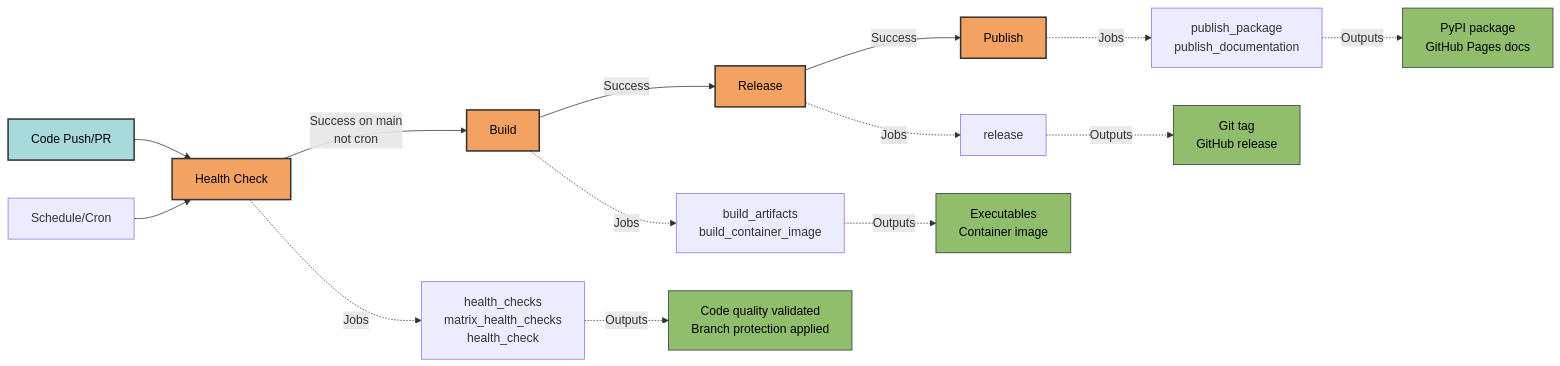
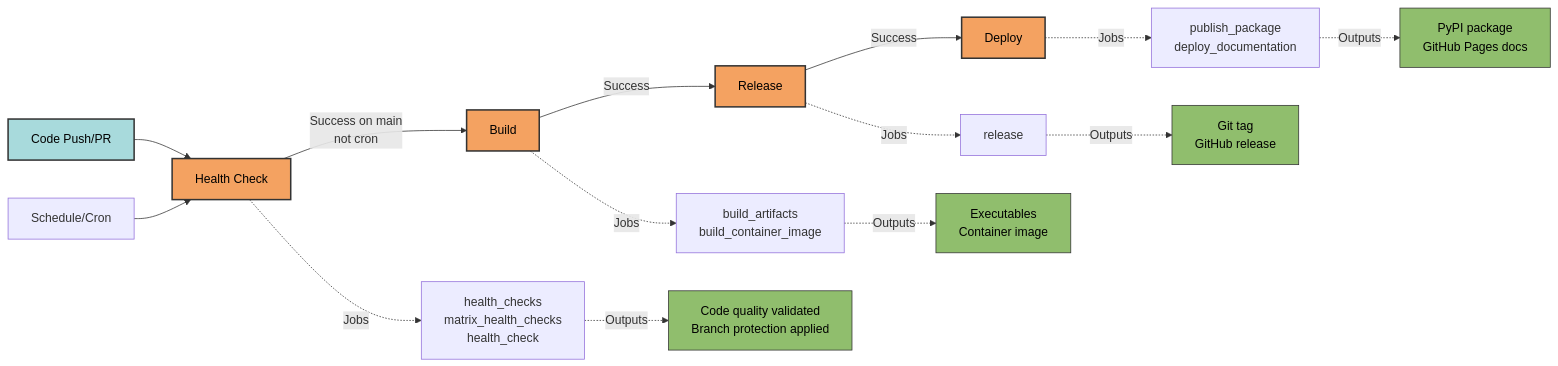
The third of 3 diagrams in docs/configs/workflows/architecture.md (Winipedia/pyrig), drawn with Mermaid before and after one commit. The commit also changed other lines of this file and 17 other files, not shown here.

````diff
--- a/docs/configs/workflows/architecture.md
+++ b/docs/configs/workflows/architecture.md
@@ -119,28 +119,28 @@
 ```mermaid
 graph LR
     A[Code Push/PR] --> B[Health Check]
     S[Schedule/Cron] --> B
     B -->|Success on main<br/>not cron| C[Build]
     C -->|Success| D[Release]
-    D -->|Success| E[Publish]
+    D -->|Success| E[Deploy]
 
     B -.->|Jobs| B1[health_checks<br/>matrix_health_checks<br/>health_check]
     C -.->|Jobs| C1[build_artifacts<br/>build_container_image]
     D -.->|Jobs| D1[release]
-    E -.->|Jobs| E1[publish_package<br/>publish_documentation]
+    E -.->|Jobs| E1[publish_package<br/>deploy_documentation]
 
     B1 -.->|Outputs| B2[Code quality validated<br/>Branch protection applied]
     C1 -.->|Outputs| C2[Executables<br/>Container image]
     D1 -.->|Outputs| D2[Git tag<br/>GitHub release]
     E1 -.->|Outputs| E2[PyPI package<br/>GitHub Pages docs]
 
     style A fill:#a8dadc,stroke:#333,stroke-width:2px,color:#000
     style B fill:#f4a261,stroke:#333,stroke-width:2px,color:#000
     style C fill:#f4a261,stroke:#333,stroke-width:2px,color:#000
     style D fill:#f4a261,stroke:#333,stroke-width:2px,color:#000
     style E fill:#f4a261,stroke:#333,stroke-width:2px,color:#000
     style B2 fill:#90be6d,stroke:#333,stroke-width:1px,color:#000
     style C2 fill:#90be6d,stroke:#333,stroke-width:1px,color:#000
     style D2 fill:#90be6d,stroke:#333,stroke-width:1px,color:#000
     style E2 fill:#90be6d,stroke:#333,stroke-width:1px,color:#000
 ```
````
